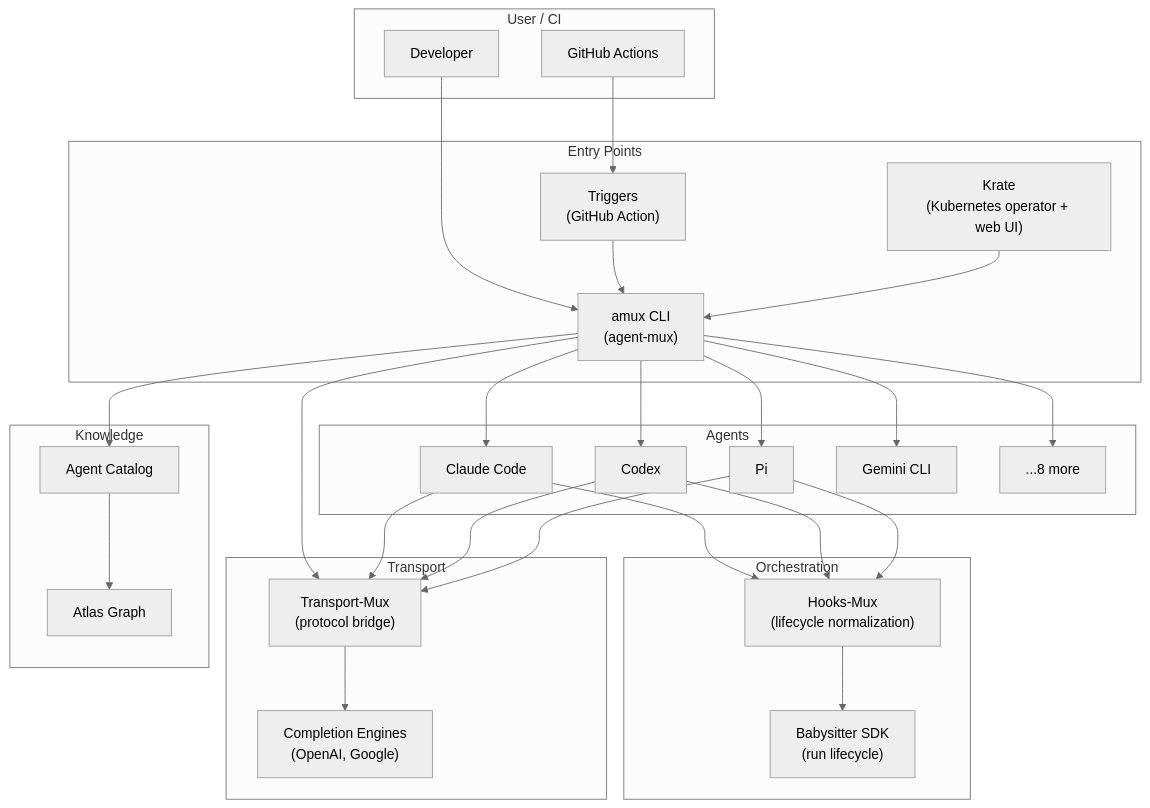
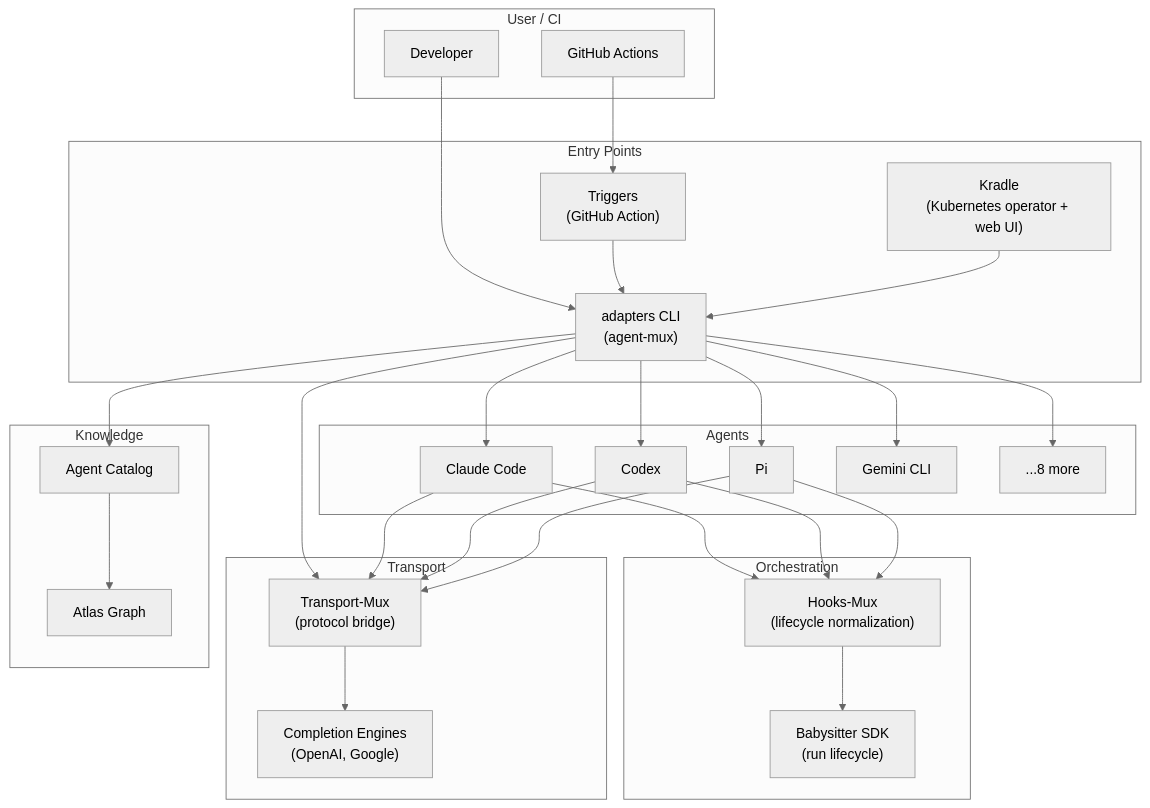
The second of 2 diagrams in docs/development/01-overview-and-philosophy.md (a5c-ai/babysitter), drawn with Mermaid (neutral theme) before and after one commit. The commit also changed other lines of this file and 875 other files, not shown here.

First line of the commit message:
fix: complete adapter rename — amux→adapters, mux packages→*-adapter

````diff
--- a/docs/development/01-overview-and-philosophy.md
+++ b/docs/development/01-overview-and-philosophy.md
@@ -69,52 +69,52 @@
 ```mermaid
 graph TB
     subgraph "User / CI"
         DEV["Developer"]
         CI["GitHub Actions"]
     end
 
     subgraph "Entry Points"
-        AMUX["amux CLI<br/>(agent-mux)"]
+        ADAPTERS["adapters CLI<br/>(agent-mux)"]
         TRIGGERS["Triggers<br/>(GitHub Action)"]
-        KRATE["Krate<br/>(Kubernetes operator + web UI)"]
+        KRADLE["Kradle<br/>(Kubernetes operator + web UI)"]
     end
 
     subgraph "Orchestration"
         SDK["Babysitter SDK<br/>(run lifecycle)"]
         HOOKS["Hooks-Mux<br/>(lifecycle normalization)"]
     end
 
     subgraph "Transport"
         PROXY["Transport-Mux<br/>(protocol bridge)"]
         ENGINES["Completion Engines<br/>(OpenAI, Google)"]
     end
 
     subgraph "Knowledge"
         ATLAS["Atlas Graph"]
         CATALOG["Agent Catalog"]
     end
 
     subgraph "Agents"
         CC["Claude Code"]
         CX["Codex"]
         PI["Pi"]
         GC["Gemini CLI"]
         MORE["...8 more"]
     end
 
-    DEV --> AMUX
+    DEV --> ADAPTERS
     CI --> TRIGGERS
-    TRIGGERS --> AMUX
-    KRATE --> AMUX
+    TRIGGERS --> ADAPTERS
+    KRADLE --> ADAPTERS
 
-    AMUX --> CATALOG
-    AMUX --> PROXY
-    AMUX --> CC & CX & PI & GC & MORE
+    ADAPTERS --> CATALOG
+    ADAPTERS --> PROXY
+    ADAPTERS --> CC & CX & PI & GC & MORE
 
     CC & CX & PI --> HOOKS
     HOOKS --> SDK
     CC & CX & PI --> PROXY
     PROXY --> ENGINES
 
     CATALOG --> ATLAS
 ```
````
